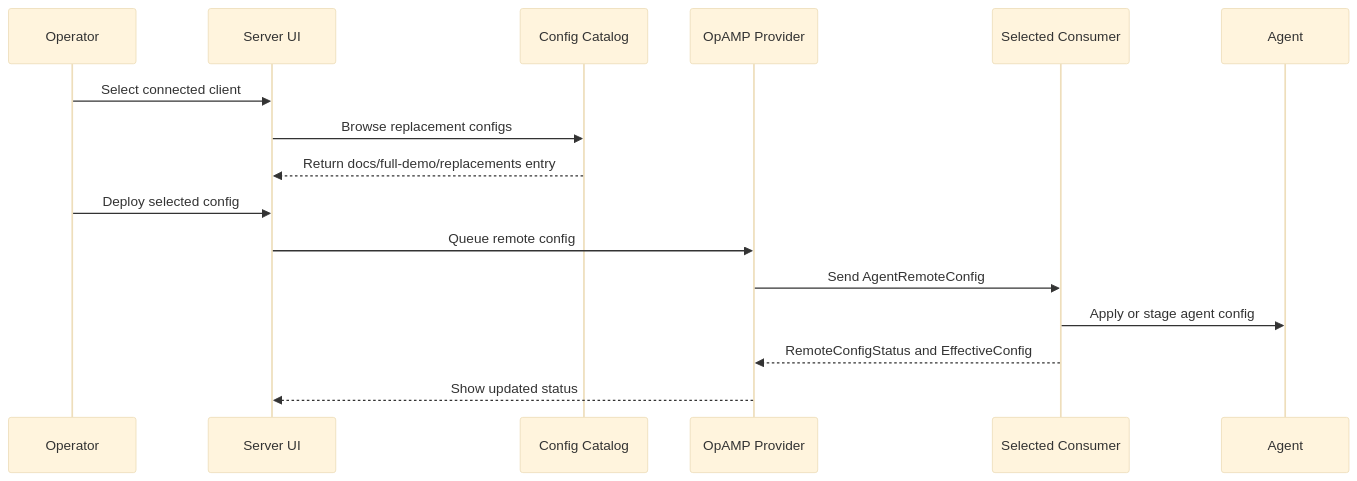
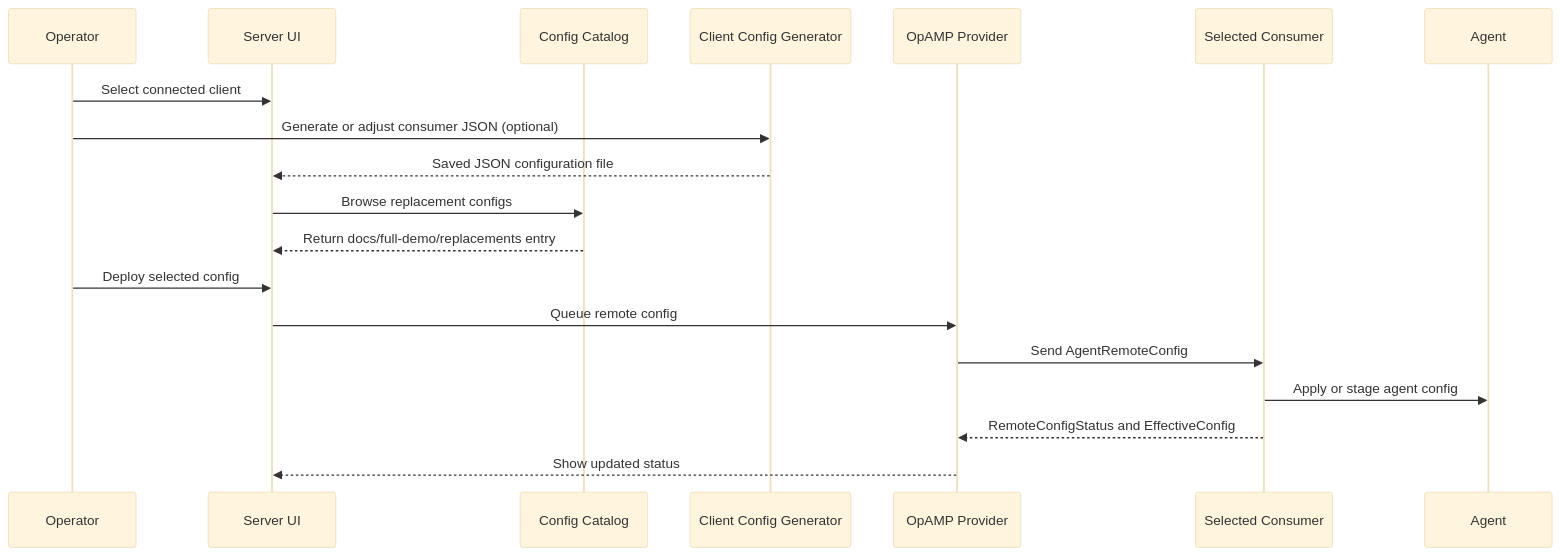
The third of 3 diagrams in docs/full-demo/presentation-overview.md (opamp-observe/opamp-core), drawn with Mermaid (base theme) before and after one commit. The commit also changed other lines of this file and 4 other files, not shown here.

````diff
--- a/docs/full-demo/presentation-overview.md
+++ b/docs/full-demo/presentation-overview.md
@@ -84,19 +87,22 @@
 ```mermaid
 sequenceDiagram
     participant Operator
     participant UI as Server UI
     participant Catalog as Config Catalog
+    participant Generator as Client Config Generator
     participant Provider as OpAMP Provider
     participant Consumer as Selected Consumer
     participant Agent
 
     Operator->>UI: Select connected client
+    Operator->>Generator: Generate or adjust consumer JSON (optional)
+    Generator-->>UI: Saved JSON configuration file
     UI->>Catalog: Browse replacement configs
     Catalog-->>UI: Return docs/full-demo/replacements entry
     Operator->>UI: Deploy selected config
     UI->>Provider: Queue remote config
     Provider->>Consumer: Send AgentRemoteConfig
     Consumer->>Agent: Apply or stage agent config
     Consumer-->>Provider: RemoteConfigStatus and EffectiveConfig
     Provider-->>UI: Show updated status
 ```
````
